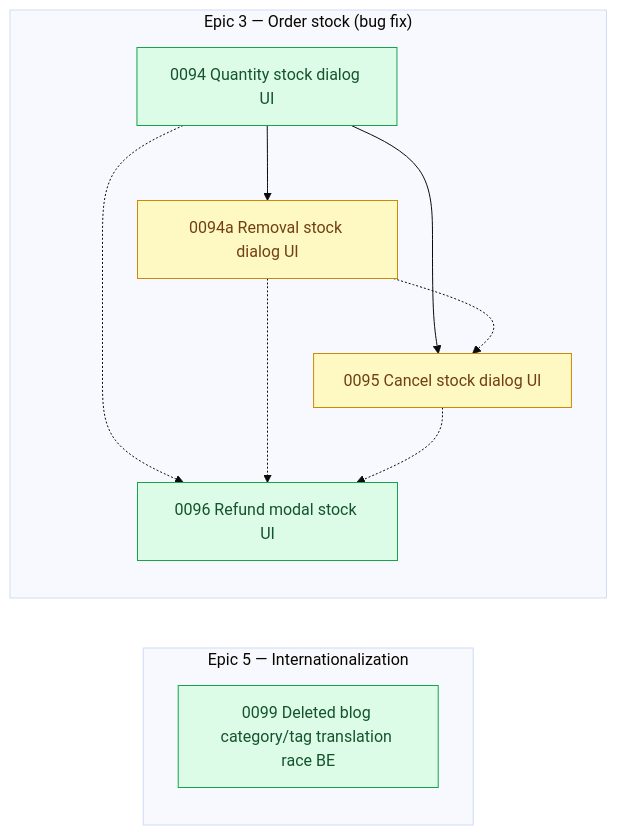
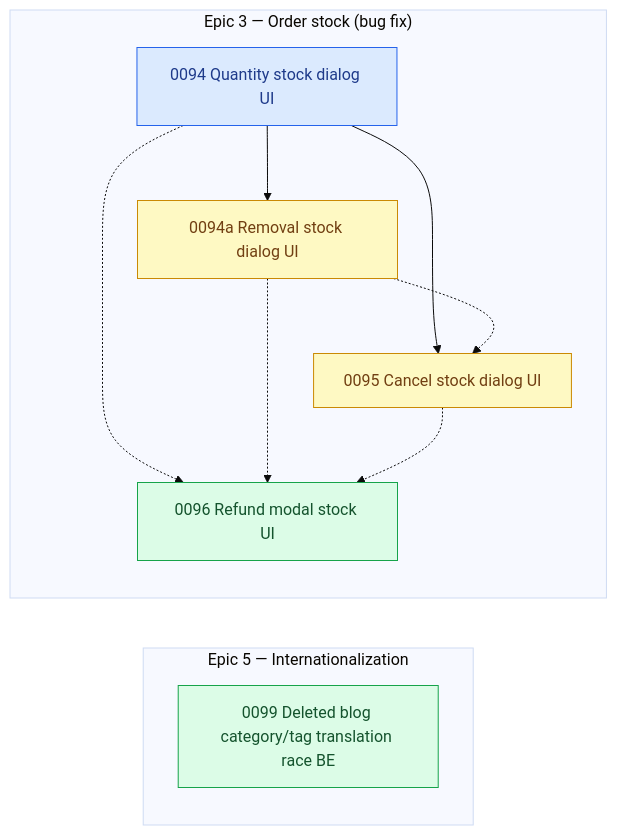
Before and after one commit to shojen/AI4Devs-finalproject: the diagram in arospe/ai-spec/tasks-map.md, drawn with Mermaid (base theme). The commit also changed other lines of this file and 9 other files, not shown here.

```diff
--- a/arospe/ai-spec/tasks-map.md
+++ b/arospe/ai-spec/tasks-map.md
@@ -654,7 +656,8 @@
     P0094 -.-> P0096
     P0094a -.-> P0096
     P0095 -.-> P0096
-    class P0094,P0096 ready;
+    class P0096 ready;
+    class P0094 claimed;
     class P0094a,P0095 pending;
 
     %% Standalone (no PRD epic)
```
